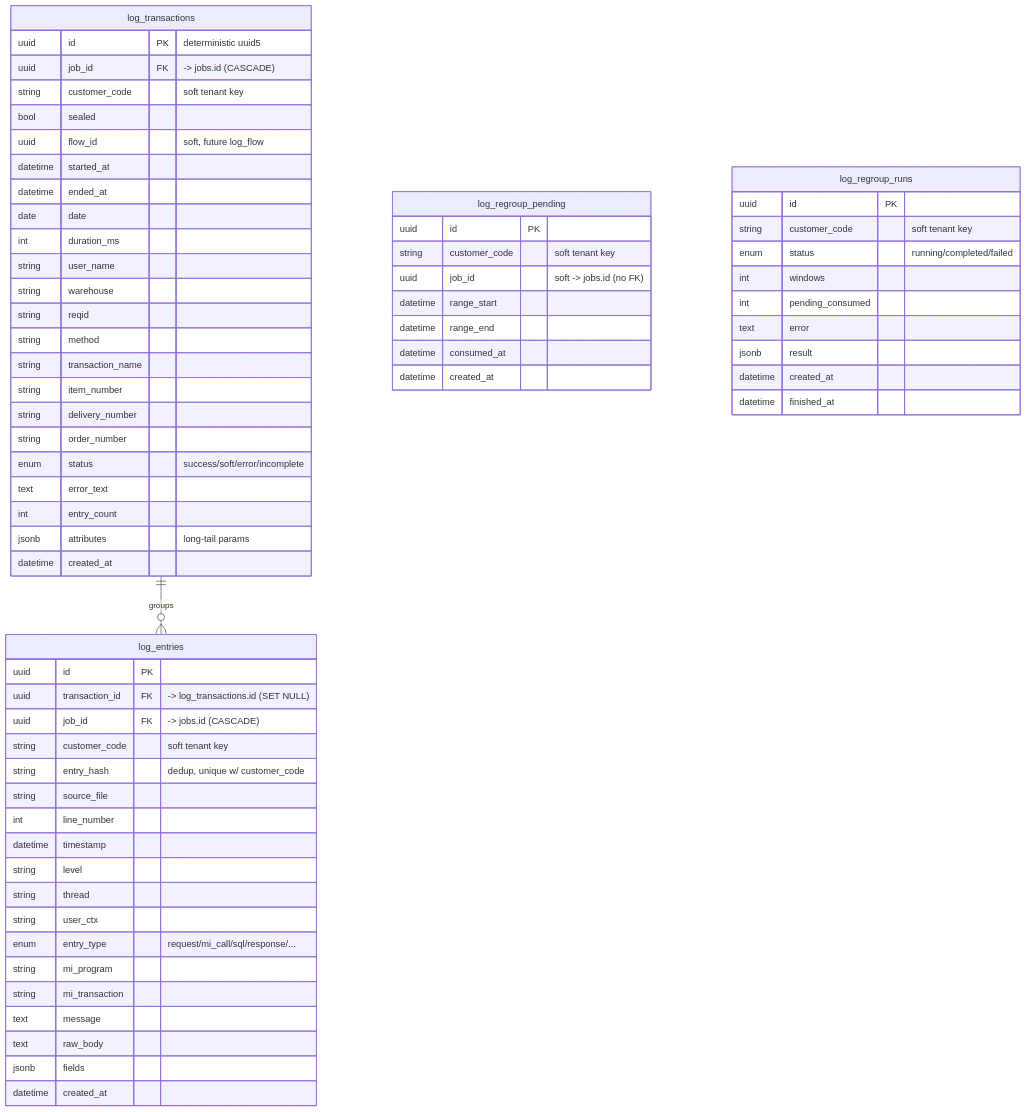
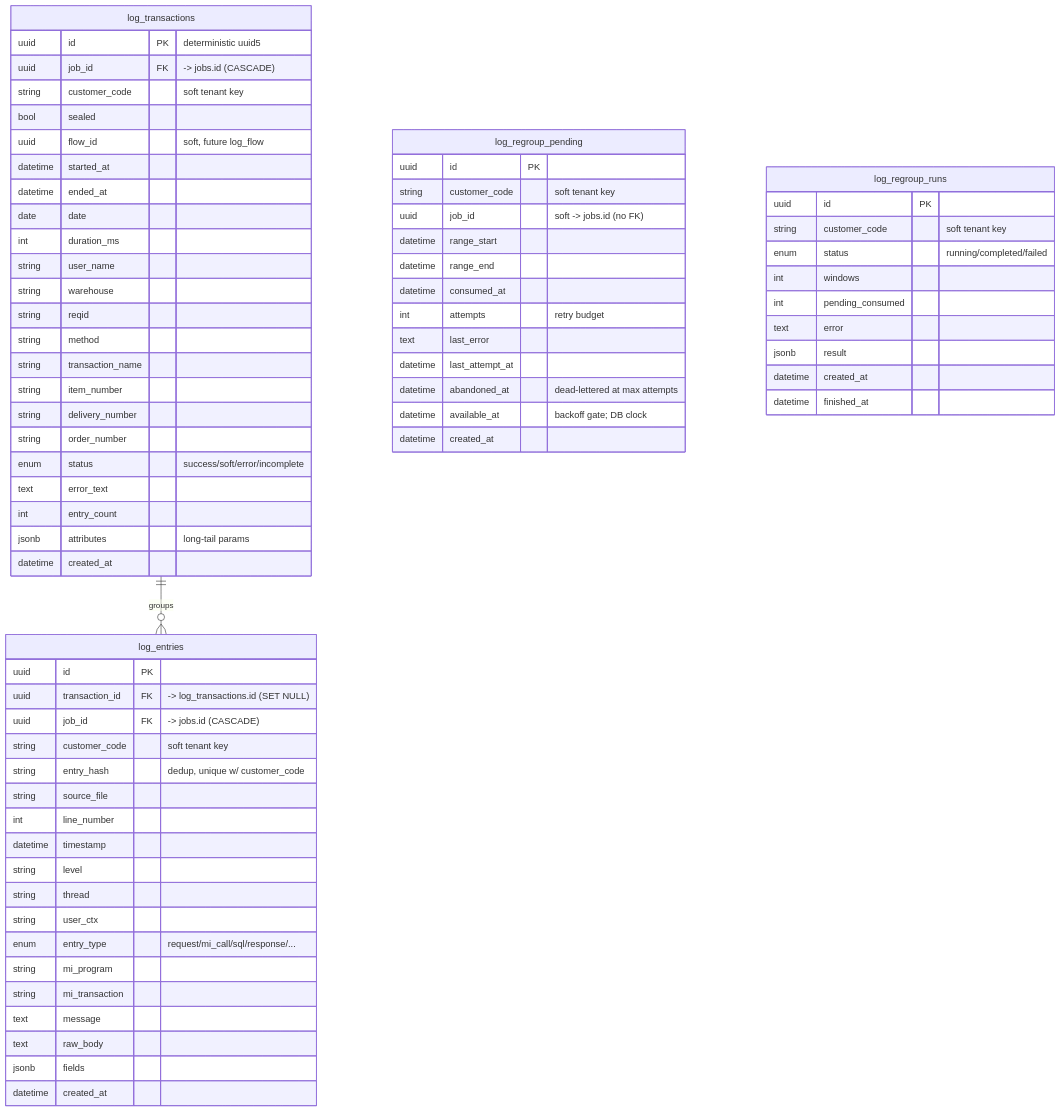
Before and after one commit to eamtalu/RAG-PipeLine: the fourth of 10 diagrams in docs/database-er-diagram.md, drawn with Mermaid. The commit also changed other lines of this file and 5 other files, not shown here.

First line of the commit message:
docs: ER diagram, pipeline walkthrough, and the frontend brief

````diff
--- a/docs/database-er-diagram.md
+++ b/docs/database-er-diagram.md
@@ -184,72 +185,77 @@
 ```mermaid
 erDiagram
     log_transactions {
         uuid id PK "deterministic uuid5"
         uuid job_id FK "-> jobs.id (CASCADE)"
         string customer_code "soft tenant key"
         bool sealed
         uuid flow_id "soft, future log_flow"
         datetime started_at
         datetime ended_at
         date date
         int duration_ms
         string user_name
         string warehouse
         string reqid
         string method
         string transaction_name
         string item_number
         string delivery_number
         string order_number
         enum status "success/soft/error/incomplete"
         text error_text
         int entry_count
         jsonb attributes "long-tail params"
         datetime created_at
     }
 
     log_entries {
         uuid id PK
         uuid transaction_id FK "-> log_transactions.id (SET NULL)"
         uuid job_id FK "-> jobs.id (CASCADE)"
         string customer_code "soft tenant key"
         string entry_hash "dedup, unique w/ customer_code"
         string source_file
         int line_number
         datetime timestamp
         string level
         string thread
         string user_ctx
         enum entry_type "request/mi_call/sql/response/..."
         string mi_program
         string mi_transaction
         text message
         text raw_body
         jsonb fields
         datetime created_at
     }
 
     log_regroup_pending {
         uuid id PK
         string customer_code "soft tenant key"
         uuid job_id "soft -> jobs.id (no FK)"
         datetime range_start
         datetime range_end
         datetime consumed_at
+        int attempts "retry budget"
+        text last_error
+        datetime last_attempt_at
+        datetime abandoned_at "dead-lettered at max attempts"
+        datetime available_at "backoff gate; DB clock"
         datetime created_at
     }
 
     log_regroup_runs {
         uuid id PK
         string customer_code "soft tenant key"
         enum status "running/completed/failed"
         int windows
         int pending_consumed
         text error
         jsonb result
         datetime created_at
         datetime finished_at
     }
 
     log_transactions ||--o{ log_entries : "groups"
 ```
````
